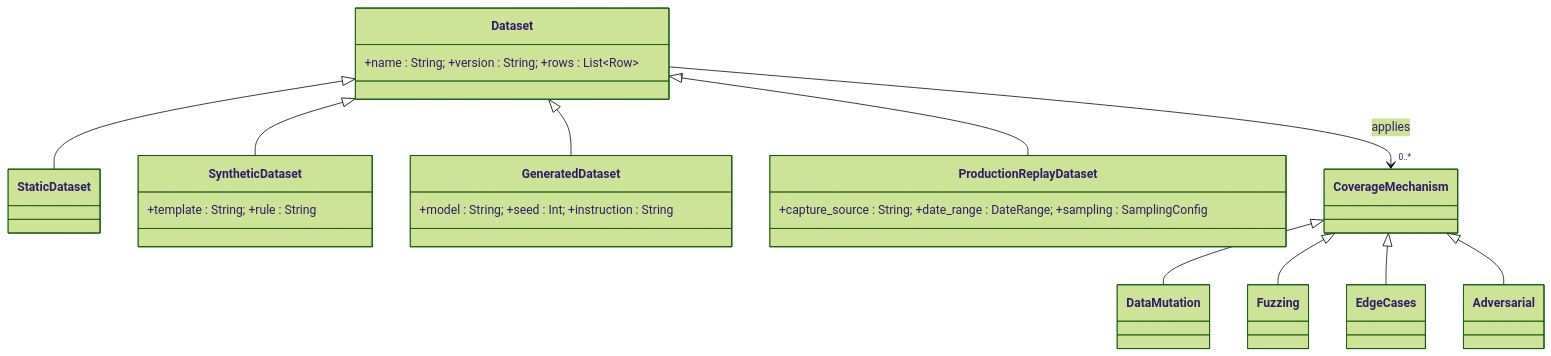
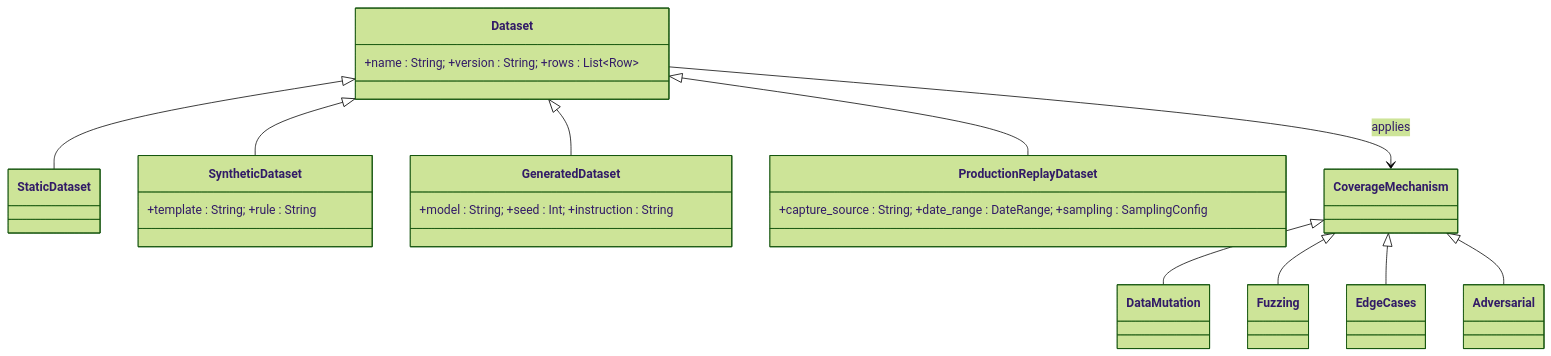
The fourth of 7 diagrams in appendices/appendix-e-uml-diagrams.md (igorakymenko-create/AQEF), drawn with Mermaid (forest theme) before and after one commit. The commit also changed other lines of this file and 25 other files, not shown here.

Commit message:
Fix consistency issues found in v0.2 audit: Result schema, Human Reviewer binding, terminology cleanup

````diff
--- a/appendices/appendix-e-uml-diagrams.md
+++ b/appendices/appendix-e-uml-diagrams.md
@@ -120,23 +123,23 @@
 ```mermaid
 classDiagram
     class Dataset { +name : String; +version : String; +rows : List~Row~ }
     class StaticDataset
     class SyntheticDataset { +template : String; +rule : String }
     class GeneratedDataset { +model : String; +seed : Int; +instruction : String }
     class ProductionReplayDataset { +capture_source : String; +date_range : DateRange; +sampling : SamplingConfig }
     class CoverageMechanism
     class DataMutation
     class Fuzzing
     class EdgeCases
     class Adversarial
 
     Dataset <|-- StaticDataset
     Dataset <|-- SyntheticDataset
     Dataset <|-- GeneratedDataset
     Dataset <|-- ProductionReplayDataset
-    Dataset "1" --> "0..*" CoverageMechanism : applies
+    Dataset --> CoverageMechanism : applies
     CoverageMechanism <|-- DataMutation
     CoverageMechanism <|-- Fuzzing
     CoverageMechanism <|-- EdgeCases
     CoverageMechanism <|-- Adversarial
 ```
````
